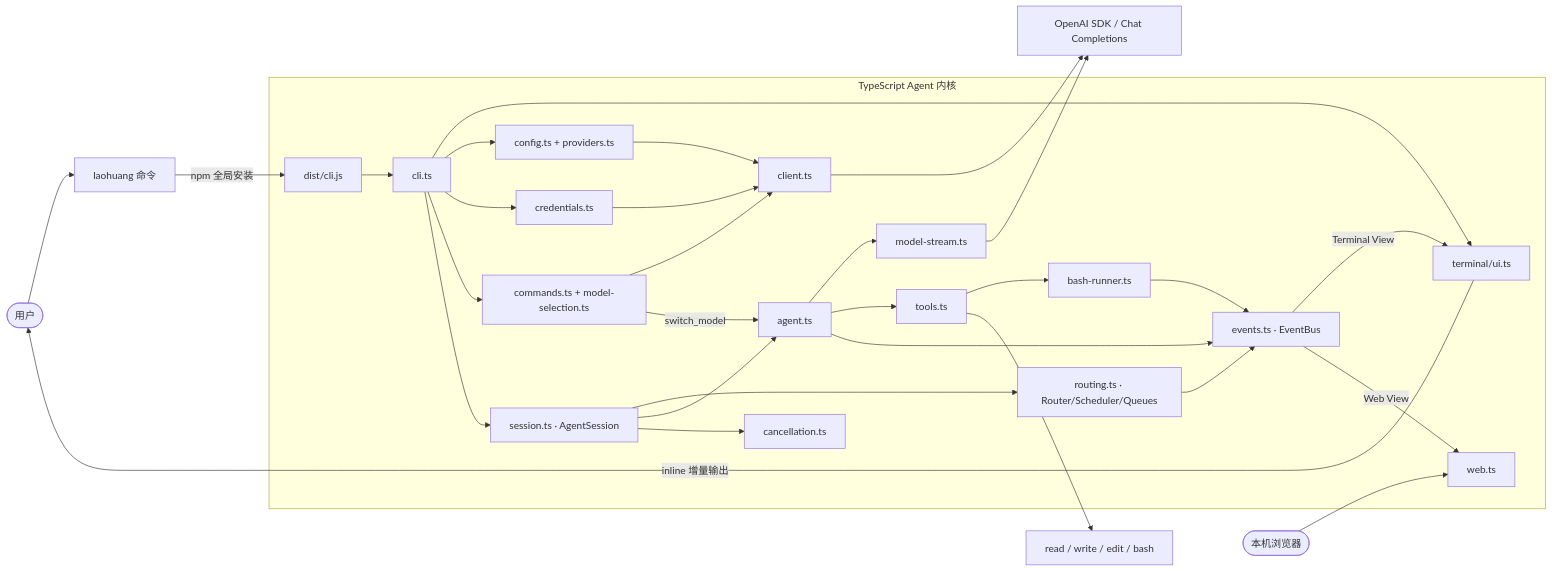
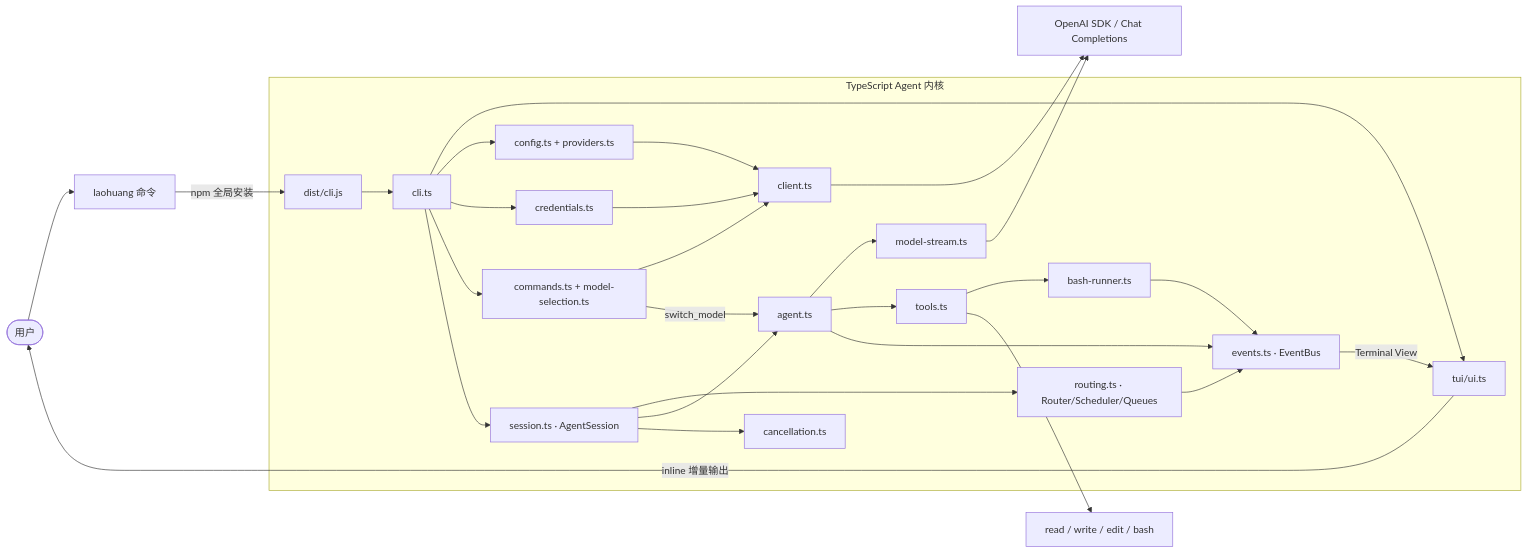
One commit to hxr223/laoHuangCode changed the first of 2 diagrams in docs/architecture.md. Above: the diagram before and after it, drawn with Mermaid. The commit also changed other lines of this file and 76 other files, not shown here.

````diff
--- a/docs/architecture.md
+++ b/docs/architecture.md
@@ -63,35 +66,33 @@
 ```mermaid
 flowchart LR
     User([用户]) --> Entry["laohuang 命令"]
     Entry -->|npm 全局安装| Bin["dist/cli.js"]
 
     subgraph Core["TypeScript Agent 内核"]
         Bin --> CLI["cli.ts"]
-        CLI --> TUI["terminal/ui.ts"]
+        CLI --> TUI["tui/ui.ts"]
         CLI --> Profiles["config.ts + providers.ts"]
         CLI --> Secrets["credentials.ts"]
         CLI --> Commands["commands.ts + model-selection.ts"]
         Profiles --> Client["client.ts"]
         Secrets --> Client
         Commands --> Client
         CLI --> Session["session.ts · AgentSession"]
         Session --> Router["routing.ts · Router/Scheduler/Queues"]
         Session --> Agent["agent.ts"]
         Commands -->|switch_model| Agent
         Agent --> Stream["model-stream.ts"]
         Agent --> Registry["tools.ts"]
         Registry --> Bash["bash-runner.ts"]
         Session --> Cancel["cancellation.ts"]
         Agent --> Events["events.ts · EventBus"]
         Router --> Events
         Bash --> Events
         Events -->|Terminal View| TUI
-        Events -->|Web View| Web["web.ts"]
     end
 
     TUI -->|inline 增量输出| User
     Client --> SDK["OpenAI SDK / Chat Completions"]
     Stream --> SDK
     Registry --> Tools["read / write / edit / bash"]
-    Browser([本机浏览器]) --> Web
 ```
````
